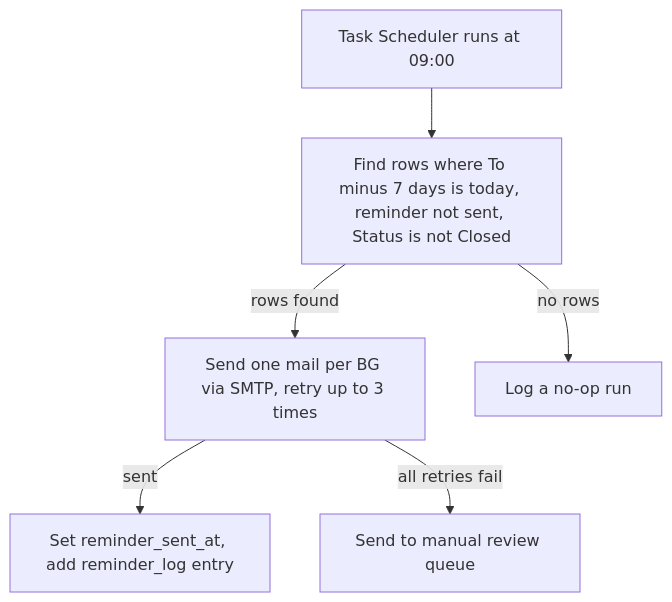
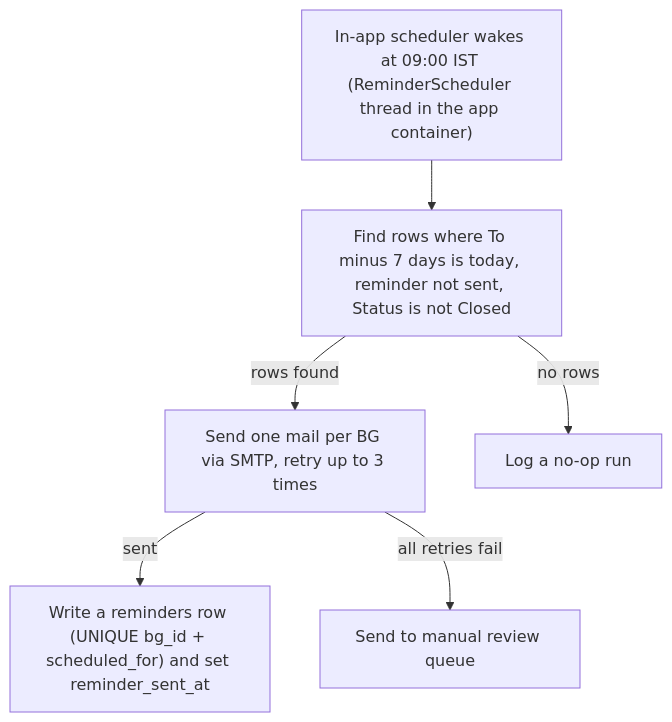
Before and after one commit to LaxmiKhilnani-nhit/Bank-Guarantee-Automation: the third of 4 diagrams in plan/05-flows.md, drawn with Mermaid. The commit also changed 5 other files, not shown here.

````diff
--- a/plan/05-flows.md
+++ b/plan/05-flows.md
@@ -59,8 +59,8 @@
 ```mermaid
 flowchart TD
-  T["Task Scheduler runs at 09:00"] --> Q["Find rows where To minus 7 days is today, reminder not sent, Status is not Closed"]
+  T["In-app scheduler wakes at 09:00 IST (ReminderScheduler thread in the app container)"] --> Q["Find rows where To minus 7 days is today, reminder not sent, Status is not Closed"]
   Q -->|"rows found"| S["Send one mail per BG via SMTP, retry up to 3 times"]
-  S -->|"sent"| U["Set reminder_sent_at, add reminder_log entry"]
+  S -->|"sent"| U["Write a reminders row (UNIQUE bg_id + scheduled_for) and set reminder_sent_at"]
   S -->|"all retries fail"| DL["Send to manual review queue"]
   Q -->|"no rows"| E["Log a no-op run"]
 ```
````
